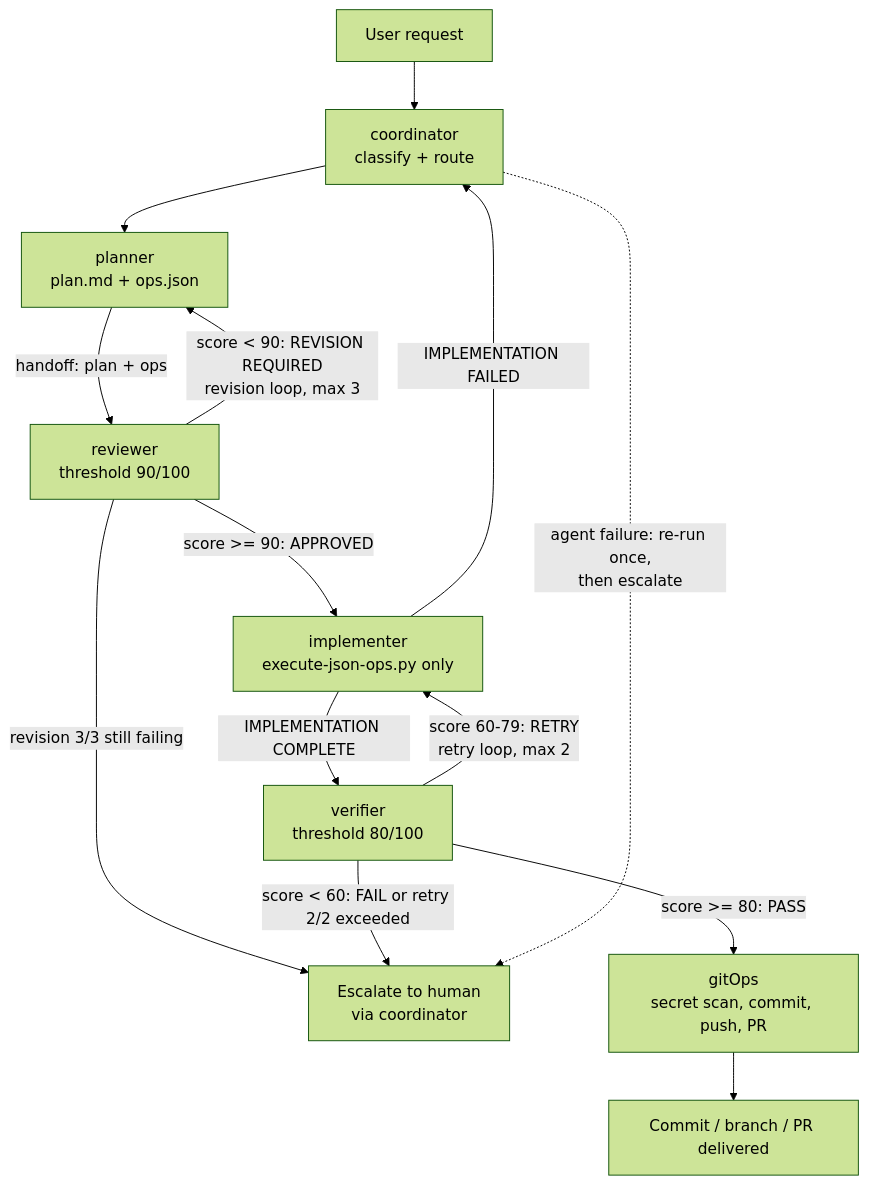
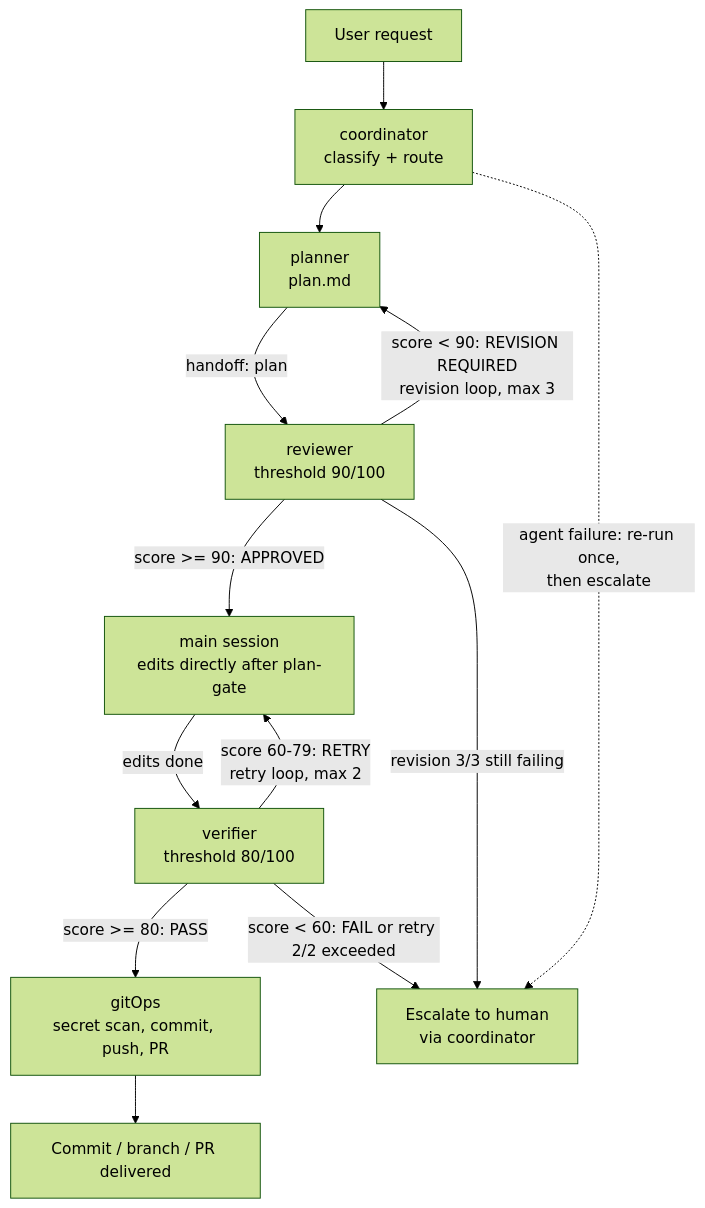
One commit to OmarMokhtar-Saad/claudekit changed the second of 2 diagrams in .ai/AGENTS.md. Above: the diagram before and after it, drawn with Mermaid (forest theme). The commit also changed other lines of this file and 72 other files, not shown here.

First line of the commit message:
docs: describe the plan-gate flow instead of the ops.json pipeline

````diff
--- a/.ai/AGENTS.md
+++ b/.ai/AGENTS.md
@@ -76,16 +75,15 @@
 ```mermaid
 flowchart TD
     U[User request] --> C[coordinator<br/>classify + route]
-    C --> P[planner<br/>plan.md + ops.json]
-    P -->|handoff: plan + ops| R[reviewer<br/>threshold 90/100]
-    R -->|score >= 90: APPROVED| I[implementer<br/>execute-json-ops.py only]
+    C --> P[planner<br/>plan.md]
+    P -->|handoff: plan| R[reviewer<br/>threshold 90/100]
+    R -->|score >= 90: APPROVED| I[main session<br/>edits directly after plan-gate]
     R -->|score < 90: REVISION REQUIRED<br/>revision loop, max 3| P
     R -->|revision 3/3 still failing| ESC[Escalate to human<br/>via coordinator]
-    I -->|IMPLEMENTATION COMPLETE| V[verifier<br/>threshold 80/100]
-    I -->|IMPLEMENTATION FAILED| C
+    I -->|edits done| V[verifier<br/>threshold 80/100]
     V -->|score >= 80: PASS| G[gitOps<br/>secret scan, commit, push, PR]
     V -->|score 60-79: RETRY<br/>retry loop, max 2| I
     V -->|score < 60: FAIL or retry 2/2 exceeded| ESC
     G --> DONE[Commit / branch / PR delivered]
     C -.->|agent failure: re-run once,<br/>then escalate| ESC
 ```
````
